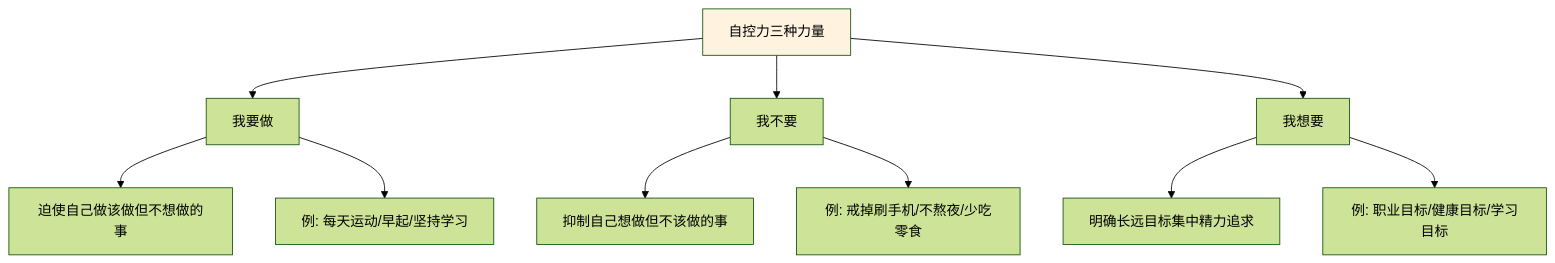
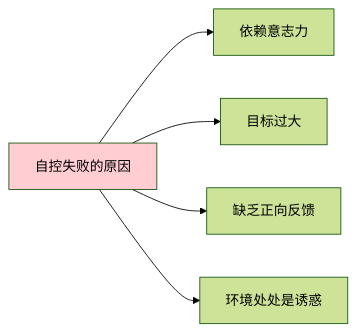
The second of 7 diagrams in 10.打工充平常记录/10.自我精进七课/07.底层思维的训练/7.2自我自控的调节.md (chongyang211/YCBookBlog), drawn with Mermaid (forest theme) before and after one commit. The commit also changed other lines of this file and 55 other files, not shown here.

````diff
--- a/10.打工充平常记录/10.自我精进七课/07.底层思维的训练/7.2自我自控的调节.md
+++ b/10.打工充平常记录/10.自我精进七课/07.底层思维的训练/7.2自我自控的调节.md
@@ -57,13 +71,8 @@
 ```mermaid
-graph TD
-    A[自控力三种力量] --> B[我要做]
-    A --> C[我不要]
-    A --> D[我想要]
-    B --> B1[迫使自己做该做但不想做的事]
-    B --> B2[例: 每天运动/早起/坚持学习]
-    C --> C1[抑制自己想做但不该做的事]
-    C --> C2[例: 戒掉刷手机/不熬夜/少吃零食]
-    D --> D1[明确长远目标集中精力追求]
-    D --> D2[例: 职业目标/健康目标/学习目标]
-    style A fill:#fff3e0
+graph LR
+    A[自控失败的原因] --> B[依赖意志力]
+    A --> C[目标过大]
+    A --> D[缺乏正向反馈]
+    A --> E[环境处处是诱惑]
+    style A fill:#ffcdd2
 ```
````
